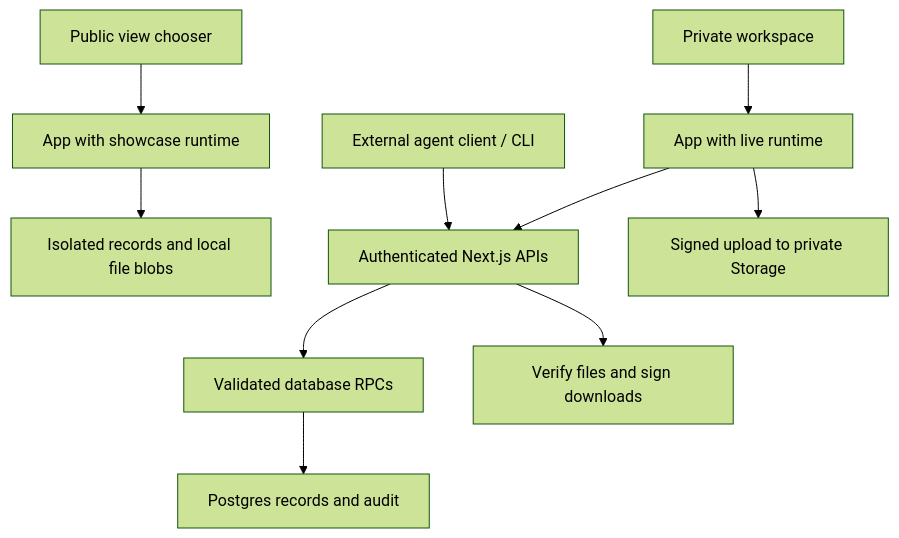
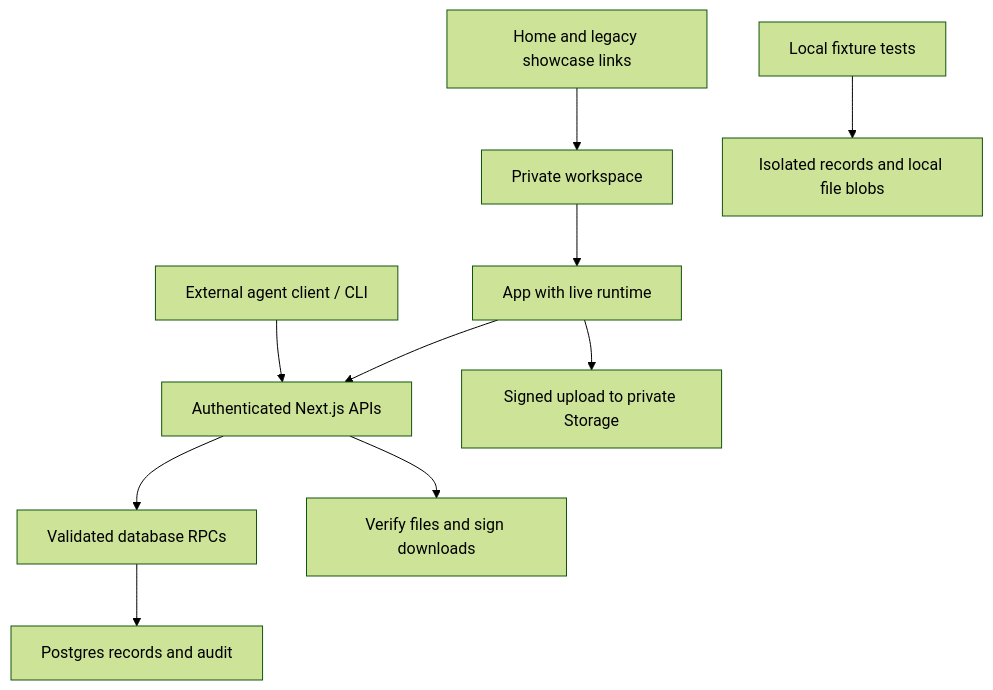
The diagram in docs/architecture/README.md (rockwoodrocky1-rgb/rockwood-projects), drawn with Mermaid (forest theme) before and after one commit. The commit also changed other lines of this file and 19 other files, not shown here.

Commit message:
Connect office OpenClaw workflows and retire public demo entry

````diff
--- a/docs/architecture/README.md
+++ b/docs/architecture/README.md
@@ -15,12 +15,12 @@
 ```mermaid
 flowchart TD
-  Home[Public view chooser] --> Demo[App with showcase runtime]
-  Demo --> Memory[Isolated records and local file blobs]
+  Home[Home and legacy showcase links] --> Private
+  Tests[Local fixture tests] --> Memory[Isolated records and local file blobs]
   Private[Private workspace] --> Live[App with live runtime]
   Live --> API[Authenticated Next.js APIs]
   Agent[External agent client / CLI] --> API
   API --> RPC[Validated database RPCs]
   RPC --> DB[Postgres records and audit]
   Live --> Upload[Signed upload to private Storage]
   API --> Storage[Verify files and sign downloads]
 ```
````
